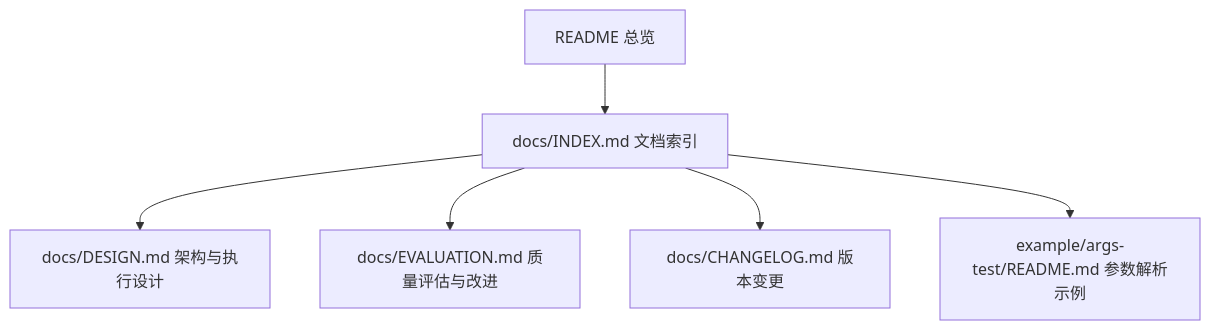
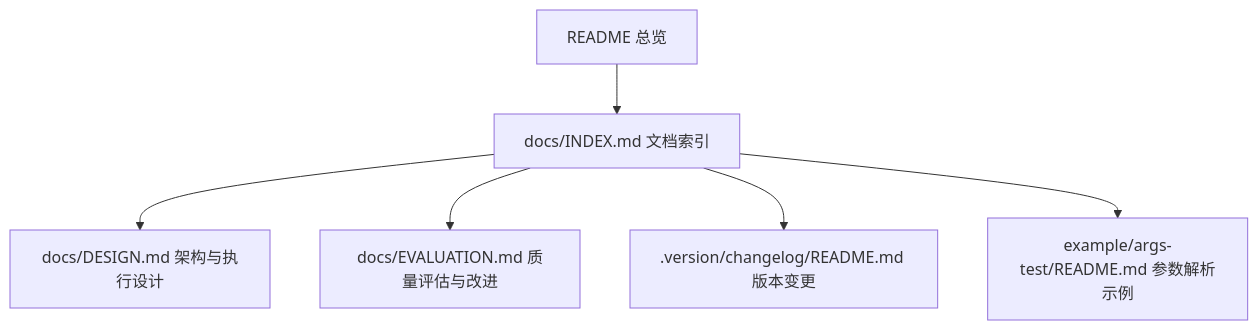
Before and after one commit to pubgo/redant: the first of 6 diagrams in README.md, drawn with Mermaid. The commit also changed other lines of this file and 15 other files, not shown here.

````diff
--- a/README.md
+++ b/README.md
@@ -7,8 +7,8 @@
 ```mermaid
 flowchart TD
     A[README 总览] --> B[docs/INDEX.md 文档索引]
     B --> C[docs/DESIGN.md 架构与执行设计]
     B --> D[docs/EVALUATION.md 质量评估与改进]
-    B --> E[docs/CHANGELOG.md 版本变更]
+    B --> E[.version/changelog/README.md 版本变更]
     B --> F[example/args-test/README.md 参数解析示例]
 ```
````
